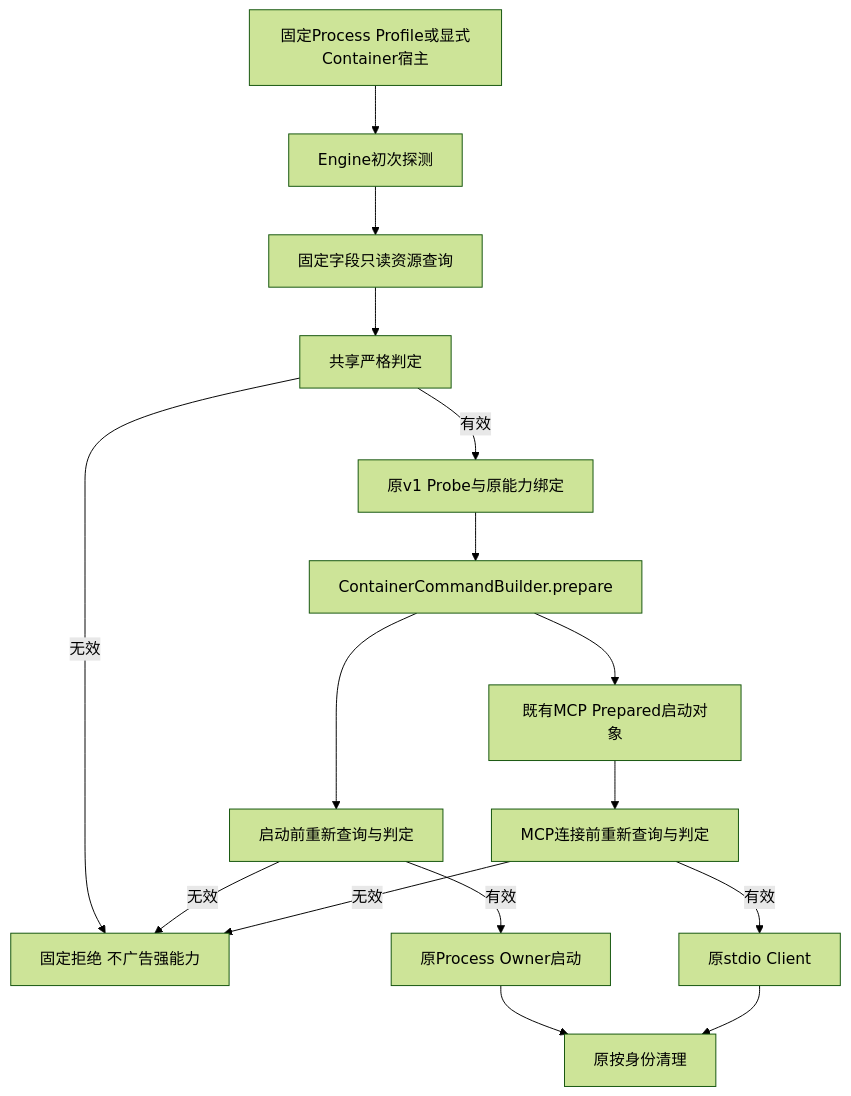
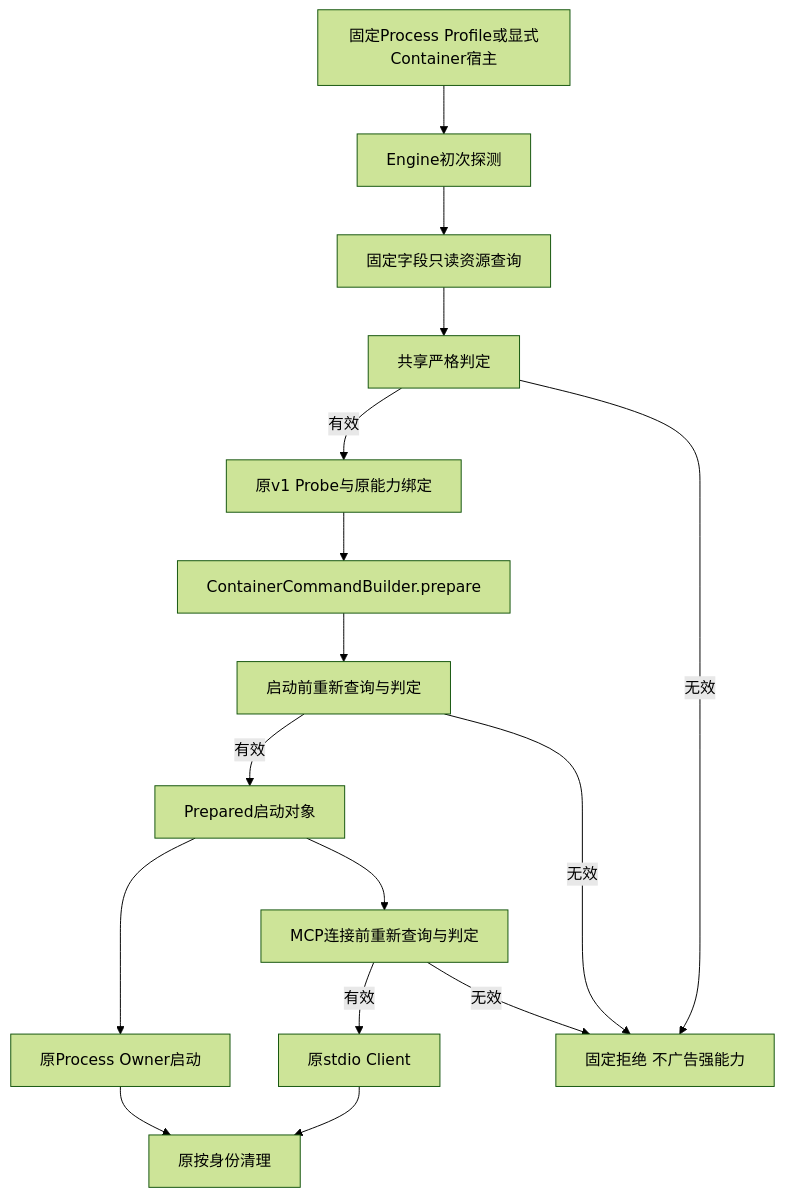
One commit to carrie1988/Harnessix changed the first of 3 diagrams in docs/changes/m09-r1-container-resource-admission.md. Above: the diagram before and after it, drawn with Mermaid (forest theme). The commit also changed other lines of this file and 67 other files, not shown here.

````diff
--- a/docs/changes/m09-r1-container-resource-admission.md
+++ b/docs/changes/m09-r1-container-resource-admission.md
@@ -65,18 +65,18 @@
 ```mermaid
 flowchart TD
     Config[固定Process Profile或显式Container宿主] --> Initial[Engine初次探测]
     Initial --> Query[固定字段只读资源查询]
     Query --> Validate[共享严格判定]
     Validate -->|有效| Probe[原v1 Probe与原能力绑定]
     Validate -->|无效| Reject[固定拒绝 不广告强能力]
     Probe --> Builder[ContainerCommandBuilder.prepare]
     Builder --> Fresh[启动前重新查询与判定]
-    Fresh -->|有效| Owner[原Process Owner启动]
+    Fresh -->|有效| Prepared[Prepared启动对象]
     Fresh -->|无效| Reject
-    Builder --> Prepared[既有MCP Prepared启动对象]
+    Prepared --> Owner[原Process Owner启动]
     Prepared --> Connect[MCP连接前重新查询与判定]
     Connect -->|有效| Client[原stdio Client]
     Connect -->|无效| Reject
     Owner --> Cleanup[原按身份清理]
     Client --> Cleanup
 ```
````
